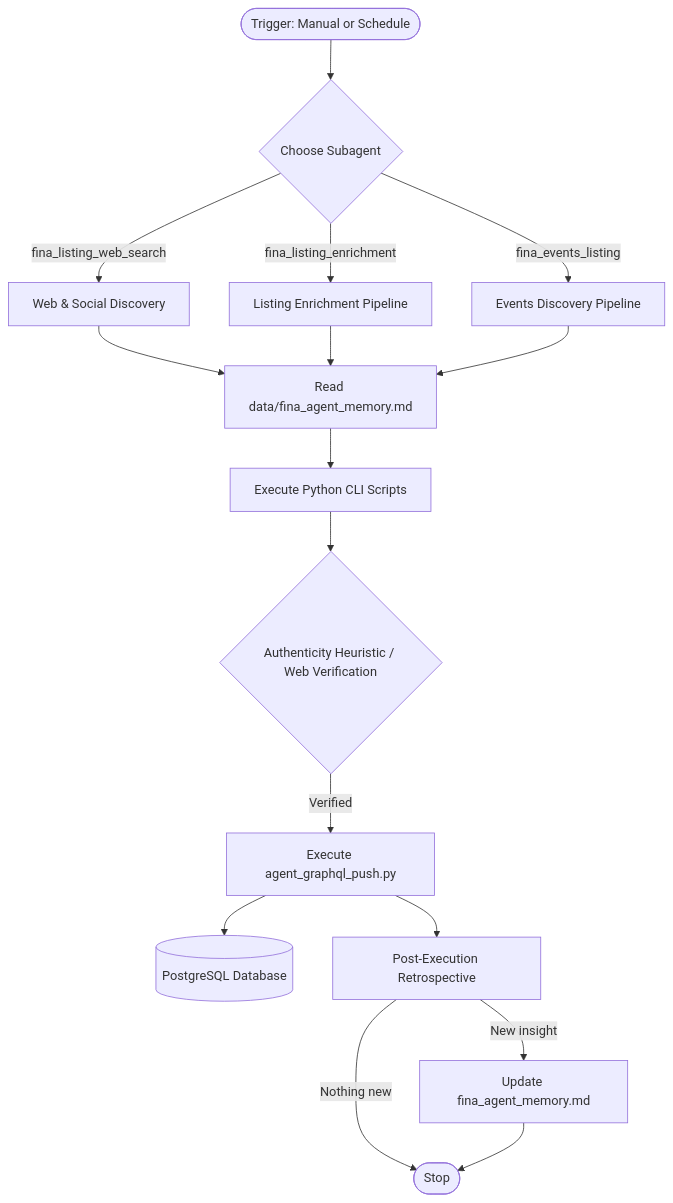
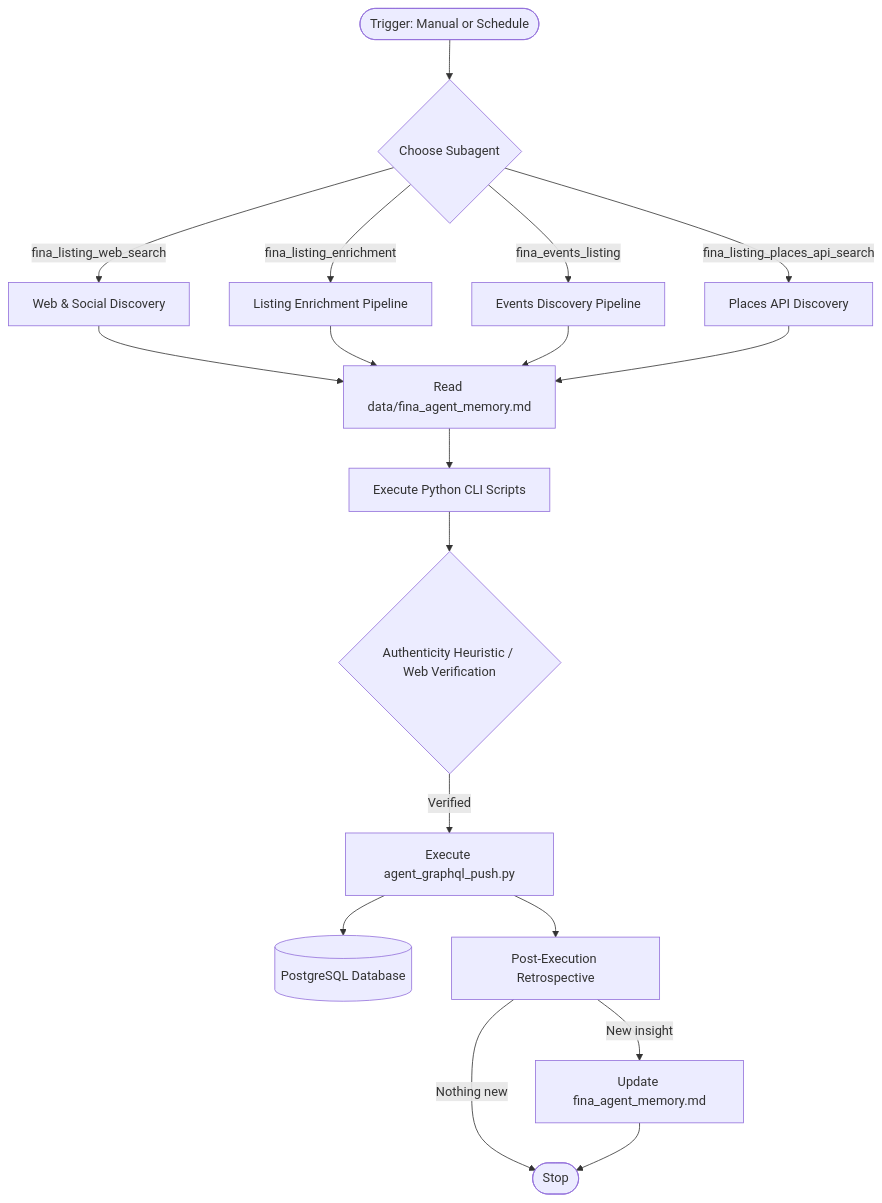
One commit to deriveraryan/fina-agent changed the diagram in AGENTS.md. Above: the diagram before and after it, drawn with Mermaid. The commit also changed other lines of this file and 12 other files, not shown here.

First line of the commit message:
refactor(agents): rename fina_listing_map_search to fina_listing_places_api_search

````diff
--- a/AGENTS.md
+++ b/AGENTS.md
@@ -11,18 +11,19 @@
 ```mermaid
 flowchart TD
     Start(["Trigger: Manual or Schedule"]) --> AgentSelect{"Choose Subagent"}
     
     AgentSelect -->|fina_listing_web_search| WebFlow["Web & Social Discovery"]
     AgentSelect -->|fina_listing_enrichment| EnrichFlow["Listing Enrichment Pipeline"]
     AgentSelect -->|fina_events_listing| EventsFlow["Events Discovery Pipeline"]
+    AgentSelect -->|fina_listing_places_api_search| PlacesFlow["Places API Discovery"]
 
-    WebFlow & EnrichFlow & EventsFlow --> ReadMemory["Read data/fina_agent_memory.md"]
+    WebFlow & EnrichFlow & EventsFlow & PlacesFlow --> ReadMemory["Read data/fina_agent_memory.md"]
     ReadMemory --> PythonCLI["Execute Python CLI Scripts"]
     PythonCLI --> Verification{"Authenticity Heuristic / Web Verification"}
     Verification -->|Verified| GQLPush["Execute agent_graphql_push.py"]
     GQLPush --> PostgreSQL[(PostgreSQL Database)]
     GQLPush --> Retro["Post-Execution Retrospective"]
     Retro -->|New insight| UpdateMemory["Update fina_agent_memory.md"]
     Retro -->|Nothing new| Stop(["Stop"])
     UpdateMemory --> Stop
 ```
````
